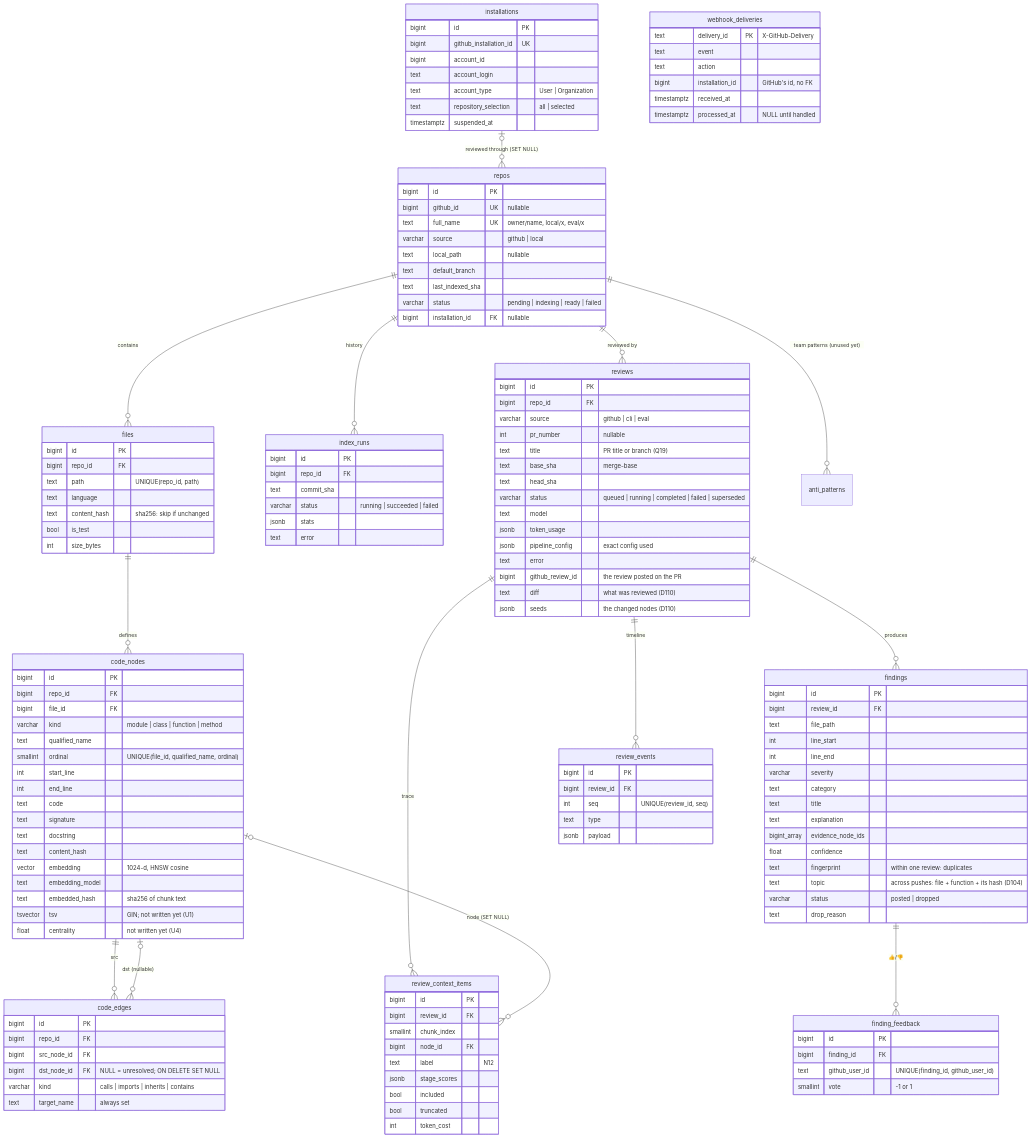
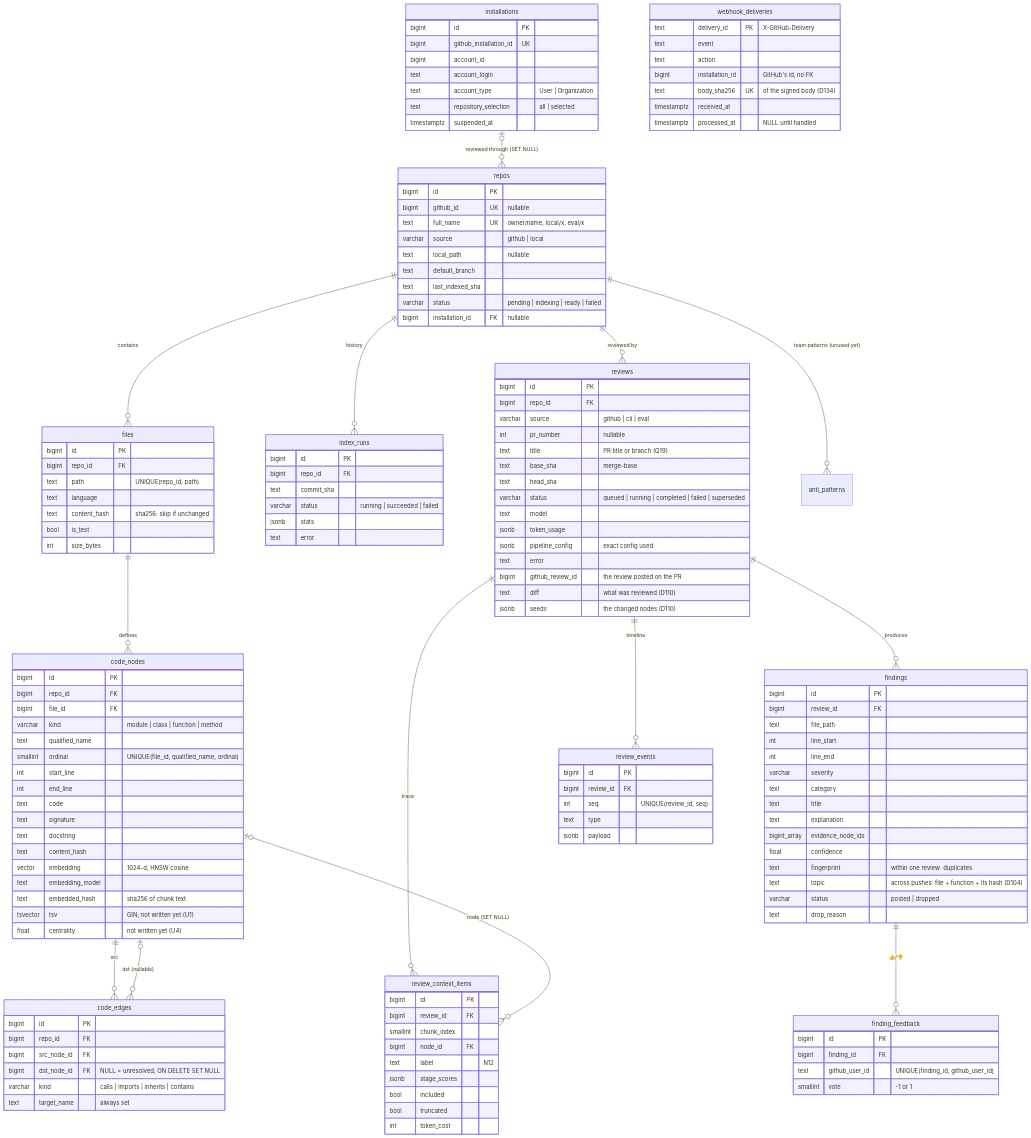
The third of 12 diagrams in architecture.md (RAIF-KARANI/codelens), drawn with Mermaid before and after one commit. The commit also changed other lines of this file and 31 other files, not shown here.

```diff
--- a/architecture.md
+++ b/architecture.md
@@ -255,6 +255,7 @@
         text event
         text action
         bigint installation_id "GitHub's id, no FK"
+        text body_sha256 UK "of the signed body (D134)"
         timestamptz received_at
         timestamptz processed_at "NULL until handled"
     }
```
